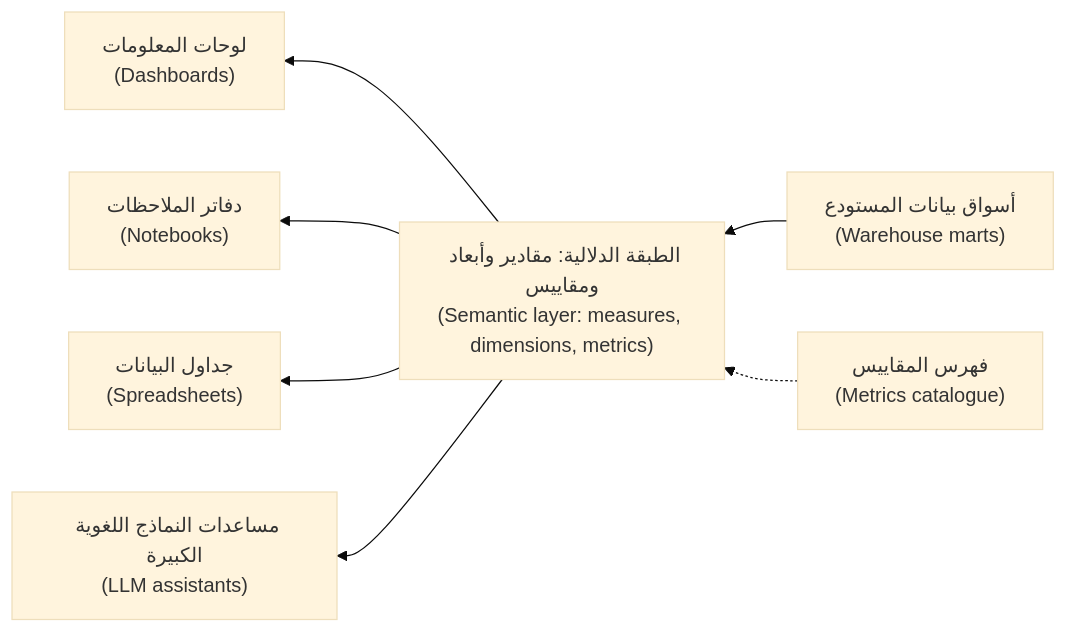
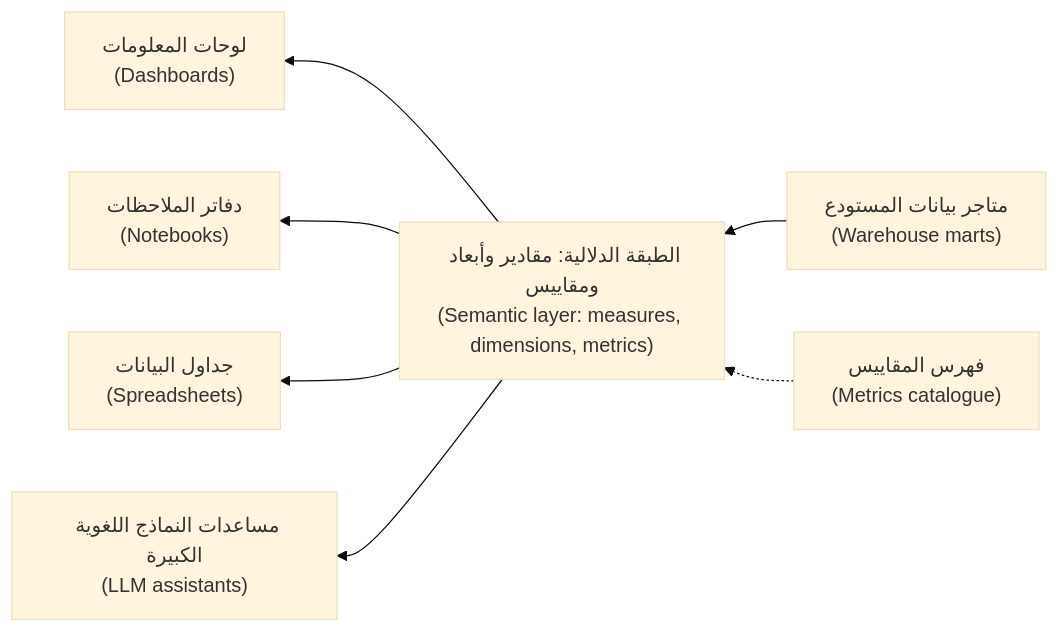
The first of 3 diagrams in data/modules/04-analytics.ar.md (Tamoura/system-design-for-vibe-coders), drawn with Mermaid (base theme) before and after one commit. The commit also changed other lines of this file and 551 other files, not shown here.

````diff
--- a/data/modules/04-analytics.ar.md
+++ b/data/modules/04-analytics.ar.md
@@ -90,9 +90,9 @@
 ```mermaid
 flowchart RL
-    W["أسواق بيانات المستودع<br/>(Warehouse marts)"] --> S["الطبقة الدلالية: مقادير وأبعاد ومقاييس<br/>(Semantic layer: measures, dimensions, metrics)"]
+    W["متاجر بيانات المستودع<br/>(Warehouse marts)"] --> S["الطبقة الدلالية: مقادير وأبعاد ومقاييس<br/>(Semantic layer: measures, dimensions, metrics)"]
     S --> D["لوحات المعلومات<br/>(Dashboards)"]
     S --> N["دفاتر الملاحظات<br/>(Notebooks)"]
     S --> X["جداول البيانات<br/>(Spreadsheets)"]
     S --> A["مساعدات النماذج اللغوية الكبيرة<br/>(LLM assistants)"]
     C["فهرس المقاييس<br/>(Metrics catalogue)"] -.-> S
 ```
````
